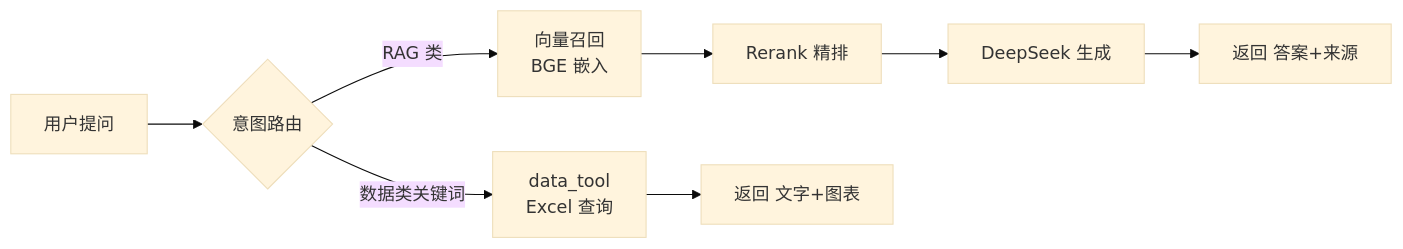
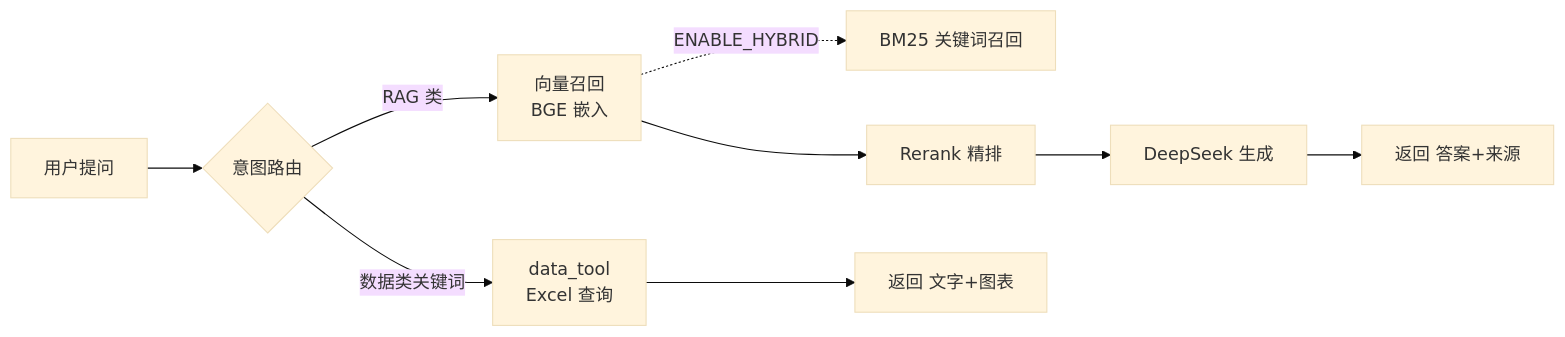
One commit to Aurelian-zfguo/rag-knowledge-base changed the diagram in README.md. Above: the diagram before and after it, drawn with Mermaid (base theme). The commit also changed other lines of this file, not shown here.

Commit message:
docs: README 架构图补 BM25 混合检索虚线分支

````diff
--- a/README.md
+++ b/README.md
@@ -38,10 +38,11 @@
 ```mermaid
 flowchart LR
     A[用户提问] --> B{意图路由}
     B -->|数据类关键词| C[data_tool<br/>Excel 查询]
     B -->|RAG 类| D[向量召回<br/>BGE 嵌入]
+    D -. ENABLE_HYBRID .-> BM25[BM25 关键词召回]
     D --> E[Rerank 精排]
     E --> F[DeepSeek 生成]
     C --> G[返回 文字+图表]
     F --> H[返回 答案+来源]
 ```
````
